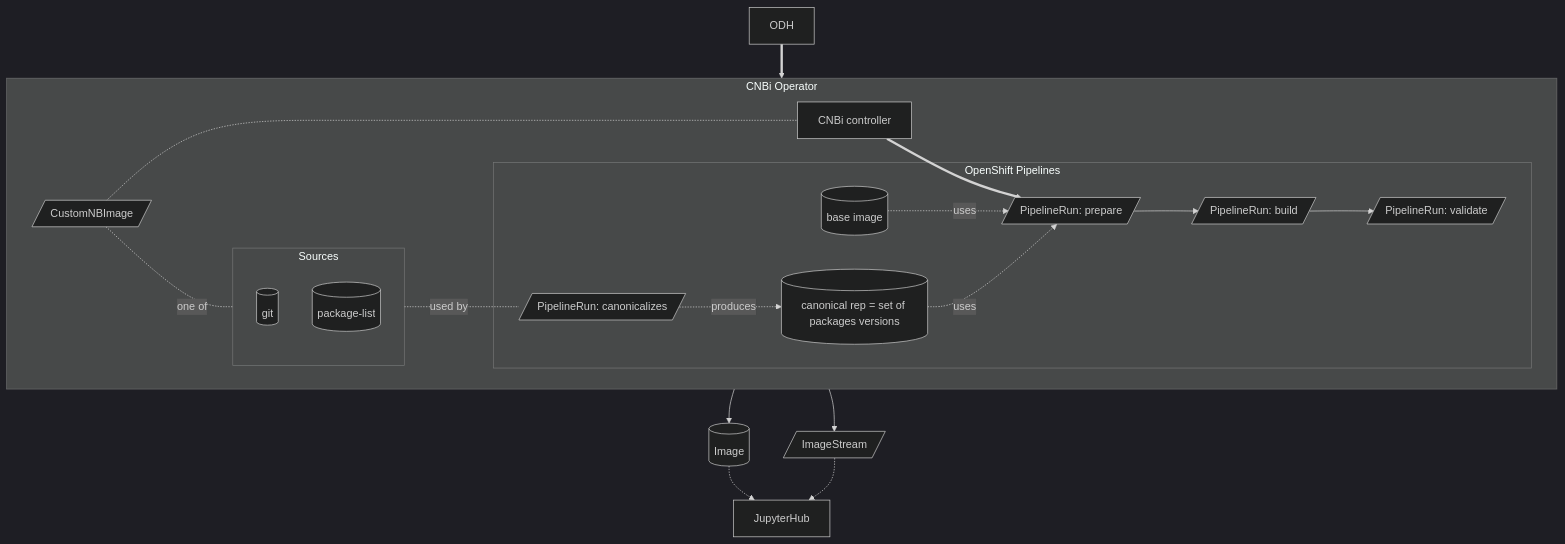
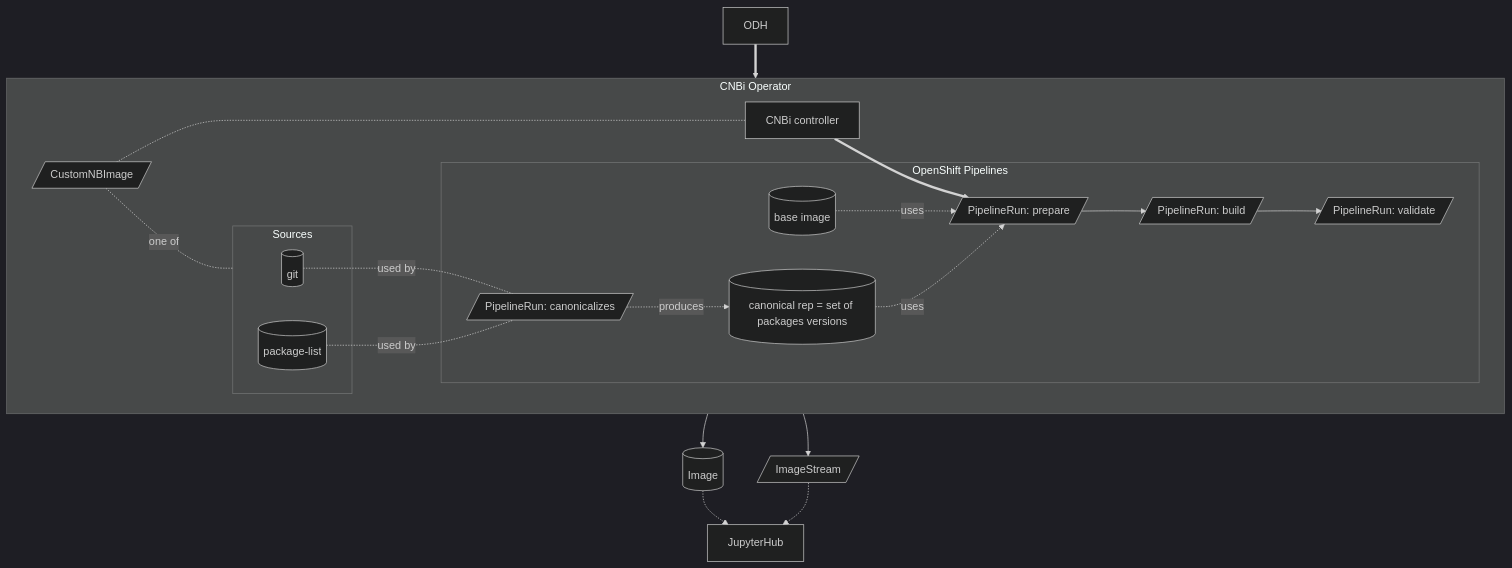
One commit to thoth-station/opendatahub-cnbi changed the second of 6 diagrams in README.md. Above: the diagram before and after it, drawn with Mermaid (dark theme).

````diff
--- a/README.md
+++ b/README.md
@@ -64,20 +64,20 @@
 ```mermaid
 flowchart TB
     O[ODH] ==> CR[/CustomNBImage/]
     subgraph CNBi Operator
         direction LR
         CR -.- C[CNBi controller] ==> PRprepare[/PipelineRun: prepare/]
         subgraph Sources
             S[(git)] & p[(package-list)]
         end
         CR -.one of.-Sources
-        Sources -.used by.-PRcanon
+        S & p -.used by.-PRcanon
         subgraph OpenShift Pipelines
             PRcanon[/PipelineRun: canonicalizes/] -.produces.-> Crep
             B[(base image)] & Crep[(canonical rep = set of packages versions)] -.uses.-> PRprepare
             PRprepare --> PRbuild[/PipelineRun: build/]
             PRbuild --> PRvalidate[/PipelineRun: validate/]
         end
     end
     PRvalidate --> I[(Image)] & IS[/ImageStream/] -.-> JH[JupyterHub]
 ```
````
